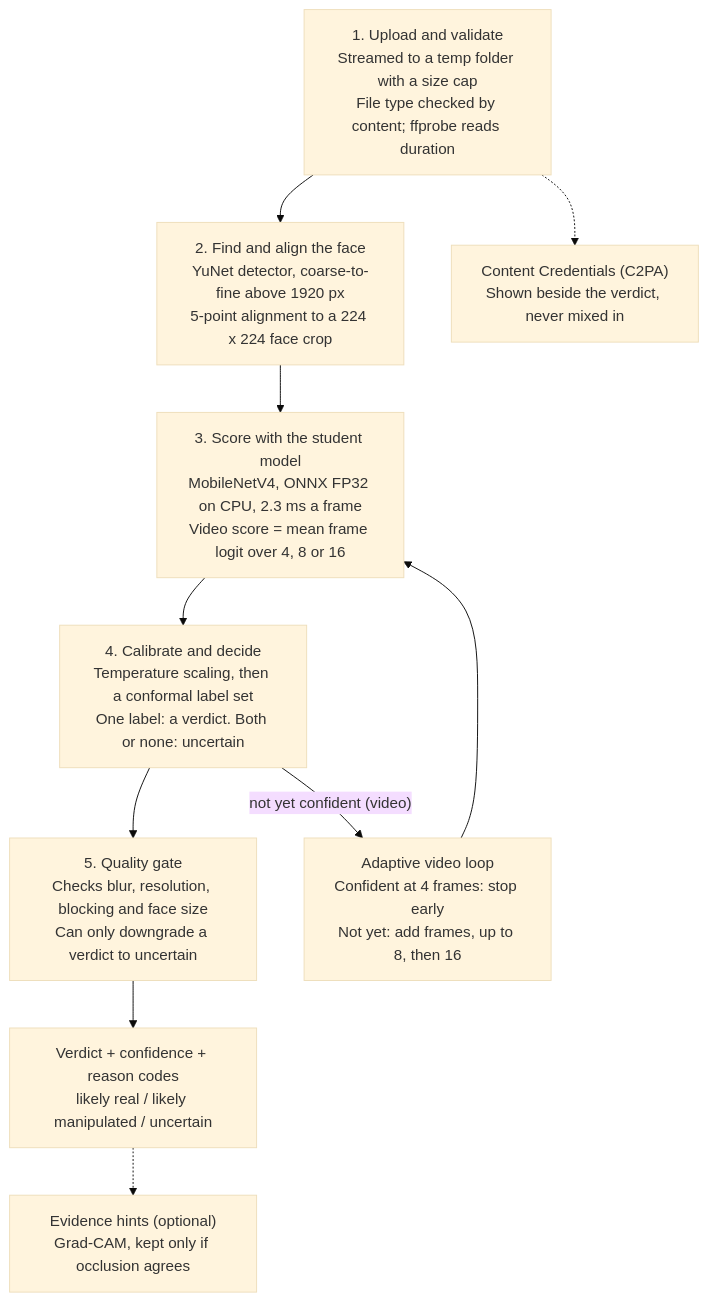
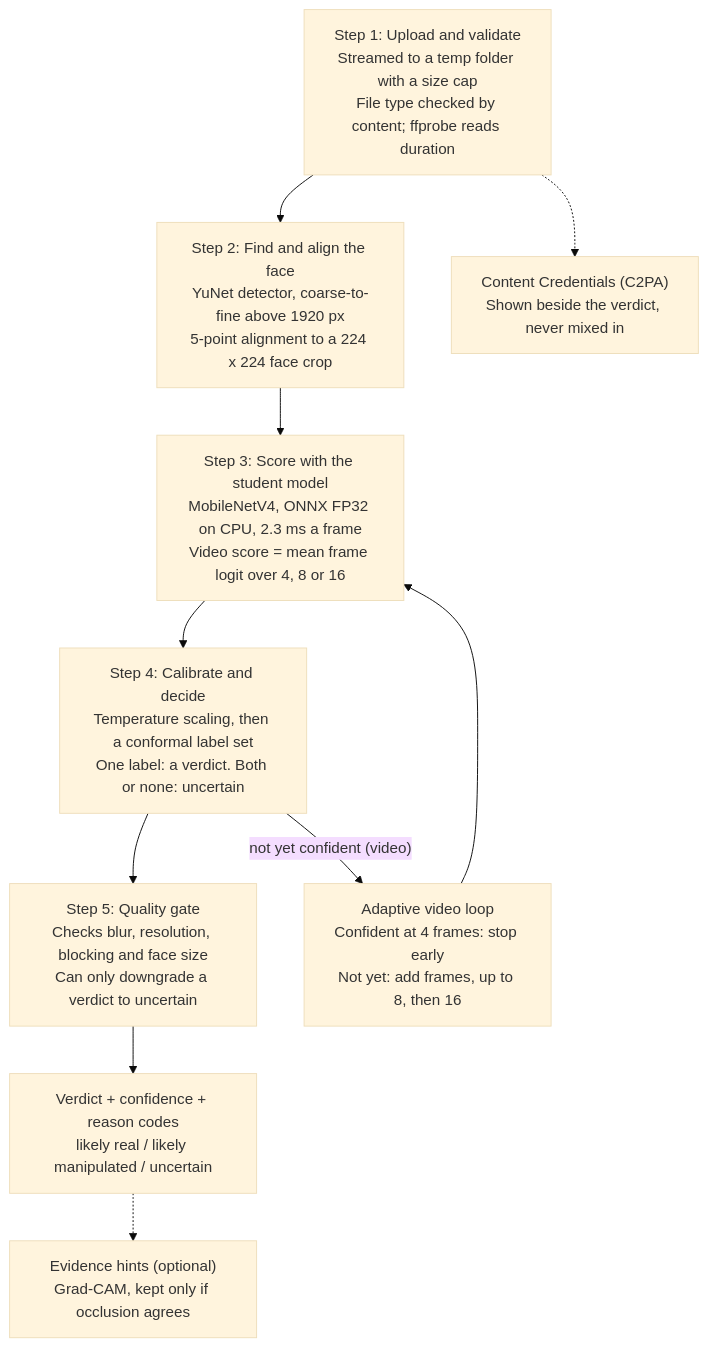
The diagram in PROJECT_OVERVIEW.md (Venkateshaa-TD/ConfiGuard-Lite), drawn with Mermaid (base theme) before and after one commit. The commit also changed 1 other file, not shown here.

Commit message:
Fix overview flowchart labels; add PROJECT_OVERVIEW.pdf
Mermaid read "1. ..." labels as Markdown lists ("Unsupported markdown:
list" on GitHub); renamed to "Step 1: ...". PDF rendered from the
Markdown with Chrome (A4, page numbers).

````diff
--- a/PROJECT_OVERVIEW.md
+++ b/PROJECT_OVERVIEW.md
@@ -37,16 +37,16 @@
 ```mermaid
 flowchart TD
-    A["1. Upload and validate<br/>Streamed to a temp folder with a size cap<br/>File type checked by content; ffprobe reads duration"]
-    B["2. Find and align the face<br/>YuNet detector, coarse-to-fine above 1920 px<br/>5-point alignment to a 224 x 224 face crop"]
-    C["3. Score with the student model<br/>MobileNetV4, ONNX FP32 on CPU, 2.3 ms a frame<br/>Video score = mean frame logit over 4, 8 or 16"]
-    D["4. Calibrate and decide<br/>Temperature scaling, then a conformal label set<br/>One label: a verdict. Both or none: uncertain"]
-    E["5. Quality gate<br/>Checks blur, resolution, blocking and face size<br/>Can only downgrade a verdict to uncertain"]
+    A["Step 1: Upload and validate<br/>Streamed to a temp folder with a size cap<br/>File type checked by content; ffprobe reads duration"]
+    B["Step 2: Find and align the face<br/>YuNet detector, coarse-to-fine above 1920 px<br/>5-point alignment to a 224 x 224 face crop"]
+    C["Step 3: Score with the student model<br/>MobileNetV4, ONNX FP32 on CPU, 2.3 ms a frame<br/>Video score = mean frame logit over 4, 8 or 16"]
+    D["Step 4: Calibrate and decide<br/>Temperature scaling, then a conformal label set<br/>One label: a verdict. Both or none: uncertain"]
+    E["Step 5: Quality gate<br/>Checks blur, resolution, blocking and face size<br/>Can only downgrade a verdict to uncertain"]
     F["Verdict + confidence + reason codes<br/>likely real / likely manipulated / uncertain"]
     L["Adaptive video loop<br/>Confident at 4 frames: stop early<br/>Not yet: add frames, up to 8, then 16"]
     P["Content Credentials (C2PA)<br/>Shown beside the verdict, never mixed in"]
     H["Evidence hints (optional)<br/>Grad-CAM, kept only if occlusion agrees"]
     A --> B --> C --> D --> E --> F
     D -- "not yet confident (video)" --> L --> C
     A -.-> P
     F -.-> H
 ```
````
